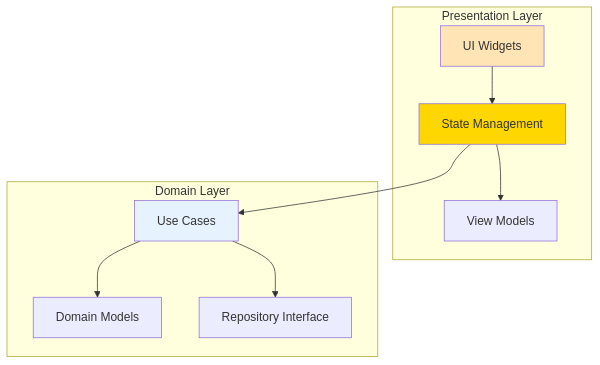
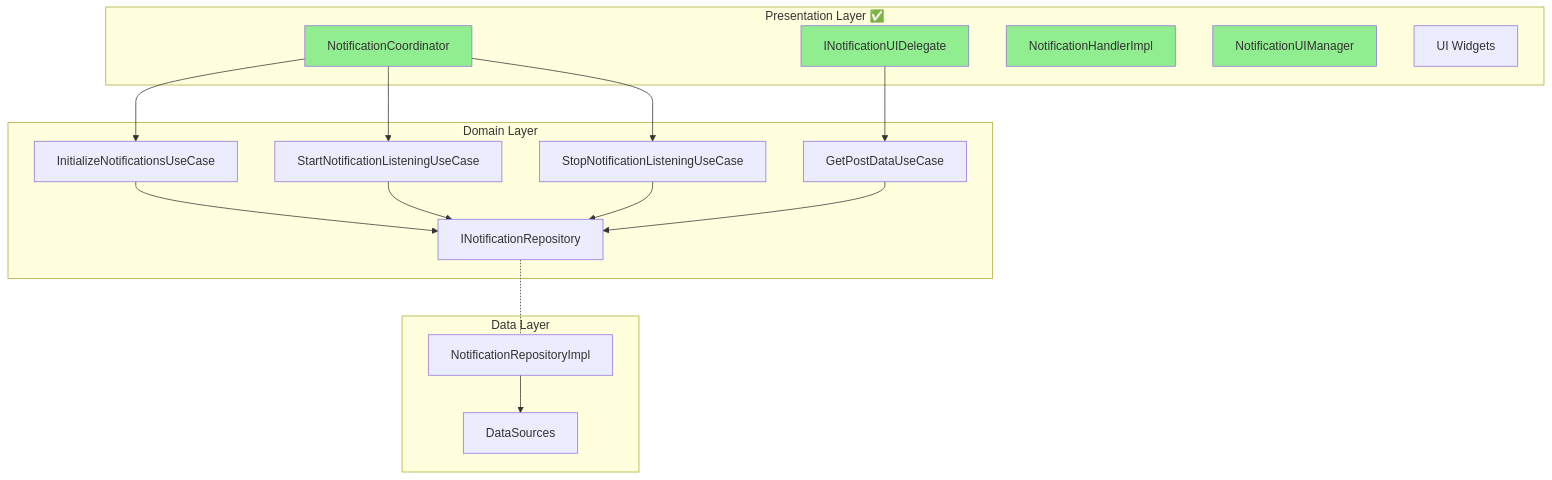
One commit to gblack84/versus-cursor changed the diagram in lib/features/notifications/presentation/PRESENTATION_MIGRATION_GUIDE.md. Above: the diagram before and after it, drawn with Mermaid. The commit also changed other lines of this file and 15 other files, not shown here.

First line of the commit message:
📚 docs(notifications): 문서 동기화 및 100% Clean Architecture 달성 확인

````diff
--- a/lib/features/notifications/presentation/PRESENTATION_MIGRATION_GUIDE.md
+++ b/lib/features/notifications/presentation/PRESENTATION_MIGRATION_GUIDE.md
@@ -54,25 +68,41 @@
 ```mermaid
 graph TB
-    subgraph "Presentation Layer"
-        Widget[UI Widgets]
-        Provider[State Management]
-        ViewModel[View Models]
-        
-        Widget --> Provider
-        Provider --> ViewModel
+    subgraph "Presentation Layer ✅"
+        Coordinator[NotificationCoordinator]
+        UIDelegate[INotificationUIDelegate]
+        Handler[NotificationHandlerImpl]
+        Manager[NotificationUIManager]
+        Widgets[UI Widgets]
     end
     
     subgraph "Domain Layer"
-        UseCase[Use Cases]
-        DomainModel[Domain Models]
-        RepoInterface[Repository Interface]
+        UC1[InitializeNotificationsUseCase]
+        UC2[StartNotificationListeningUseCase]
+        UC3[StopNotificationListeningUseCase]
+        UC4[GetPostDataUseCase]
+        RepoInterface[INotificationRepository]
     end
     
-    Provider --> UseCase
-    UseCase --> RepoInterface
-    UseCase --> DomainModel
+    subgraph "Data Layer"
+        RepoImpl[NotificationRepositoryImpl]
+        DataSources[DataSources]
+    end
     
-    style Widget fill:#FFE4B5
-    style Provider fill:#FFD700
-    style UseCase fill:#E6F3FF
+    Coordinator --> UC1
+    Coordinator --> UC2
+    Coordinator --> UC3
+    UIDelegate --> UC4
+    
+    UC1 --> RepoInterface
+    UC2 --> RepoInterface
+    UC3 --> RepoInterface
+    UC4 --> RepoInterface
+    
+    RepoInterface <-.- RepoImpl
+    RepoImpl --> DataSources
+    
+    style Coordinator fill:#90EE90
+    style UIDelegate fill:#90EE90
+    style Handler fill:#90EE90
+    style Manager fill:#90EE90
 ```
````
